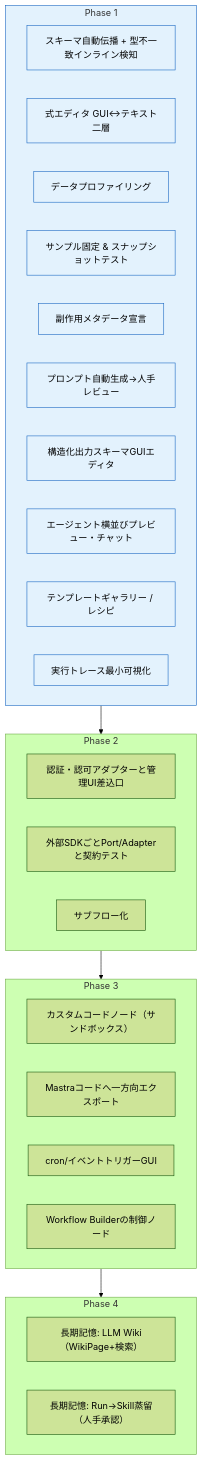
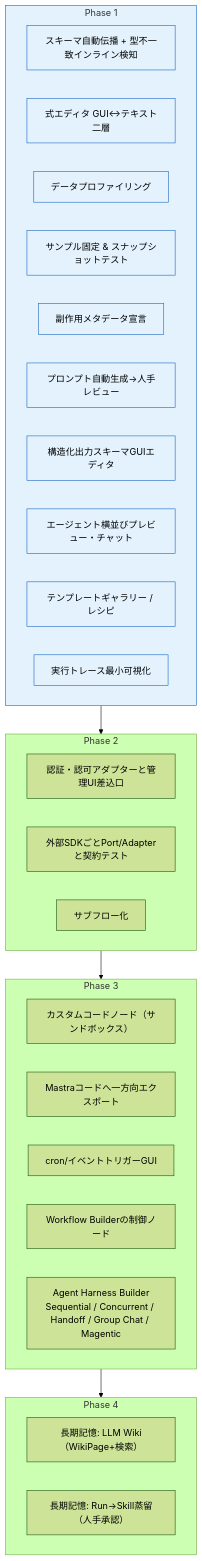
Before and after one commit to yy7613/agentblume: the third of 5 diagrams in docs/09-roadmap.md, drawn with Mermaid (forest theme). The commit also changed other lines of this file and 65 other files, not shown here.

Commit message:
feat: add agent harness builder and multimodal chat

````diff
--- a/docs/09-roadmap.md
+++ b/docs/09-roadmap.md
@@ -69,36 +69,37 @@
 ```mermaid
 flowchart TB
   subgraph PH1["Phase 1"]
     F1["スキーマ自動伝播 + 型不一致インライン検知"]
     F2["式エディタ GUI↔テキスト二層"]
     F3["データプロファイリング"]
     F4["サンプル固定 & スナップショットテスト"]
     F5["副作用メタデータ宣言"]
     F6["プロンプト自動生成→人手レビュー"]
     F7["構造化出力スキーマGUIエディタ"]
     F8["エージェント横並びプレビュー・チャット"]
     F9["テンプレートギャラリー / レシピ"]
     F10["実行トレース最小可視化"]
   end
   subgraph PH2["Phase 2"]
     F11["認証・認可アダプターと管理UI差込口"]
     F12["外部SDKごとPort/Adapterと契約テスト"]
     F13["サブフロー化"]
   end
   subgraph PH3["Phase 3"]
     F14["カスタムコードノード（サンドボックス）"]
     F15["Mastraコードへ一方向エクスポート"]
     F16["cron/イベントトリガーGUI"]
     F17["Workflow Builderの制御ノード"]
+    F20["Agent Harness Builder<br/>Sequential / Concurrent / Handoff / Group Chat / Magentic"]
   end
   subgraph PH4["Phase 4"]
     F18["長期記憶: LLM Wiki（WikiPage+検索）"]
     F19["長期記憶: Run→Skill蒸留（人手承認）"]
   end
 
   PH1 --> PH2 --> PH3 --> PH4
 
   classDef v1 fill:#e3f2fd,stroke:#1565c0;
   class F1,F2,F3,F4,F5,F6,F7,F8,F9,F10 v1;
   style PH1 fill:#e3f2fd,stroke:#1565c0
 ```
````
